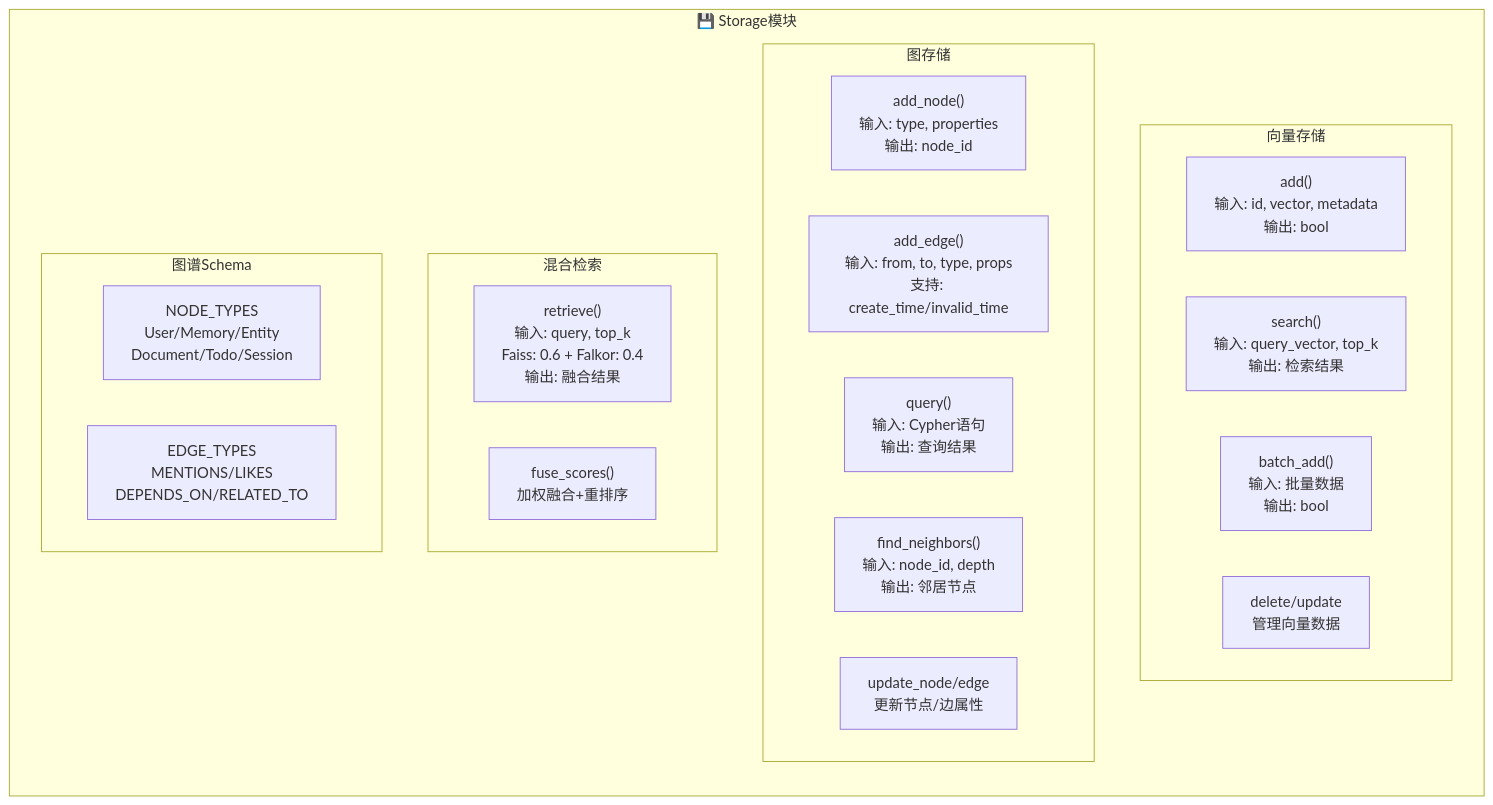
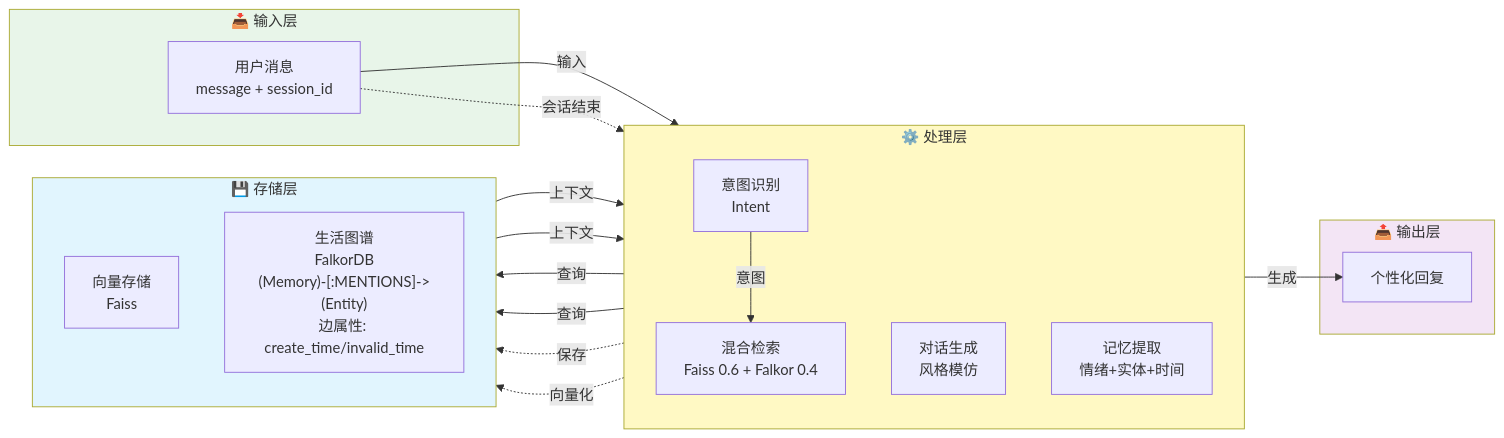
Diagram 13 of 14 in ame-doc/architecture.md (kailiangenn/another-me), drawn with Mermaid before and after one commit. The commit also changed other lines of this file and 1 other file, not shown here.

````diff
--- a/ame-doc/architecture.md
+++ b/ame-doc/architecture.md
@@ -281,31 +958,41 @@
 ```mermaid
 graph LR
-    subgraph Storage["💾 Storage模块"]
+    subgraph Input["📥 输入层"]
+        U["用户消息<br/>message + session_id"]
+    end
+    
+    subgraph Process["⚙️ 处理层"]
         direction TB
-        
-        subgraph VectorStore["向量存储"]
-            VS1["add()<br/>输入: id, vector, metadata<br/>输出: bool"]
-            VS2["search()<br/>输入: query_vector, top_k<br/>输出: 检索结果"]
-            VS3["batch_add()<br/>输入: 批量数据<br/>输出: bool"]
-            VS4["delete/update<br/>管理向量数据"]
-        end
-        
-        subgraph GraphStore["图存储"]
-            GS1["add_node()<br/>输入: type, properties<br/>输出: node_id"]
-            GS2["add_edge()<br/>输入: from, to, type, props<br/>支持: create_time/invalid_time"]
-            GS3["query()<br/>输入: Cypher语句<br/>输出: 查询结果"]
-            GS4["find_neighbors()<br/>输入: node_id, depth<br/>输出: 邻居节点"]
-            GS5["update_node/edge<br/>更新节点/边属性"]
-        end
-        
-        subgraph HybridRetriever["混合检索"]
-            HR1["retrieve()<br/>输入: query, top_k<br/>Faiss: 0.6 + Falkor: 0.4<br/>输出: 融合结果"]
-            HR2["fuse_scores()<br/>加权融合+重排序"]
-        end
-        
-        subgraph Schema["图谱Schema"]
-            SC1["NODE_TYPES<br/>User/Memory/Entity<br/>Document/Todo/Session"]
-            SC2["EDGE_TYPES<br/>MENTIONS/LIKES<br/>DEPENDS_ON/RELATED_TO"]
-        end
+        I["意图识别<br/>Intent"]
+        R["混合检索<br/>Faiss 0.6 + Falkor 0.4"]
+        G["对话生成<br/>风格模仿"]
+        M["记忆提取<br/>情绪+实体+时间"]
     end
+    
+    subgraph Storage["💾 存储层"]
+        direction TB
+        V["向量存储<br/>Faiss"]
+        Gr["生活图谱<br/>FalkorDB<br/>(Memory)-[:MENTIONS]->(Entity)<br/>边属性: create_time/invalid_time"]
+    end
+    
+    subgraph Output["📤 输出层"]
+        Res["个性化回复"]
+    end
+    
+    U -->|输入| I
+    I -->|意图| R
+    R -->|查询| V
+    R -->|查询| Gr
+    V -->|上下文| G
+    Gr -->|上下文| G
+    G -->|生成| Res
+    
+    U -.->|会话结束| M
+    M -.->|保存| Gr
+    M -.->|向量化| V
+    
+    style Input fill:#e8f5e9
+    style Process fill:#fff9c4
+    style Storage fill:#e1f5fe
+    style Output fill:#f3e5f5
 ```
````
